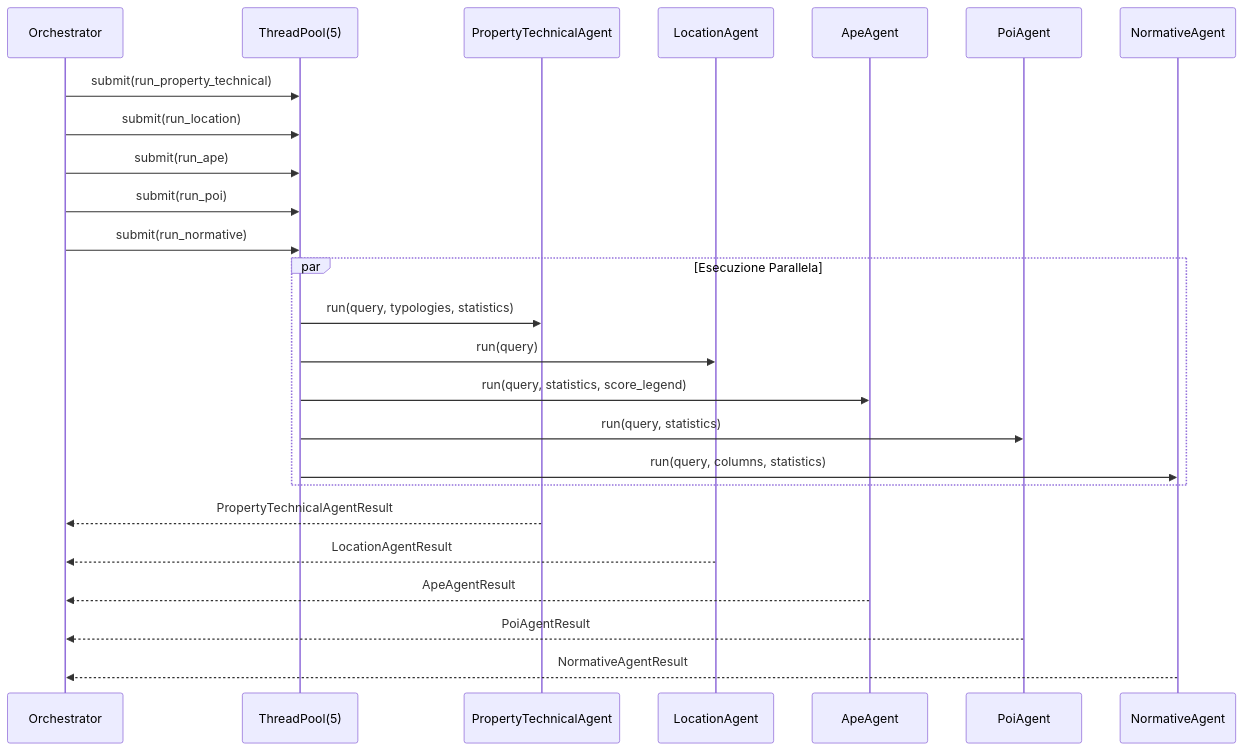
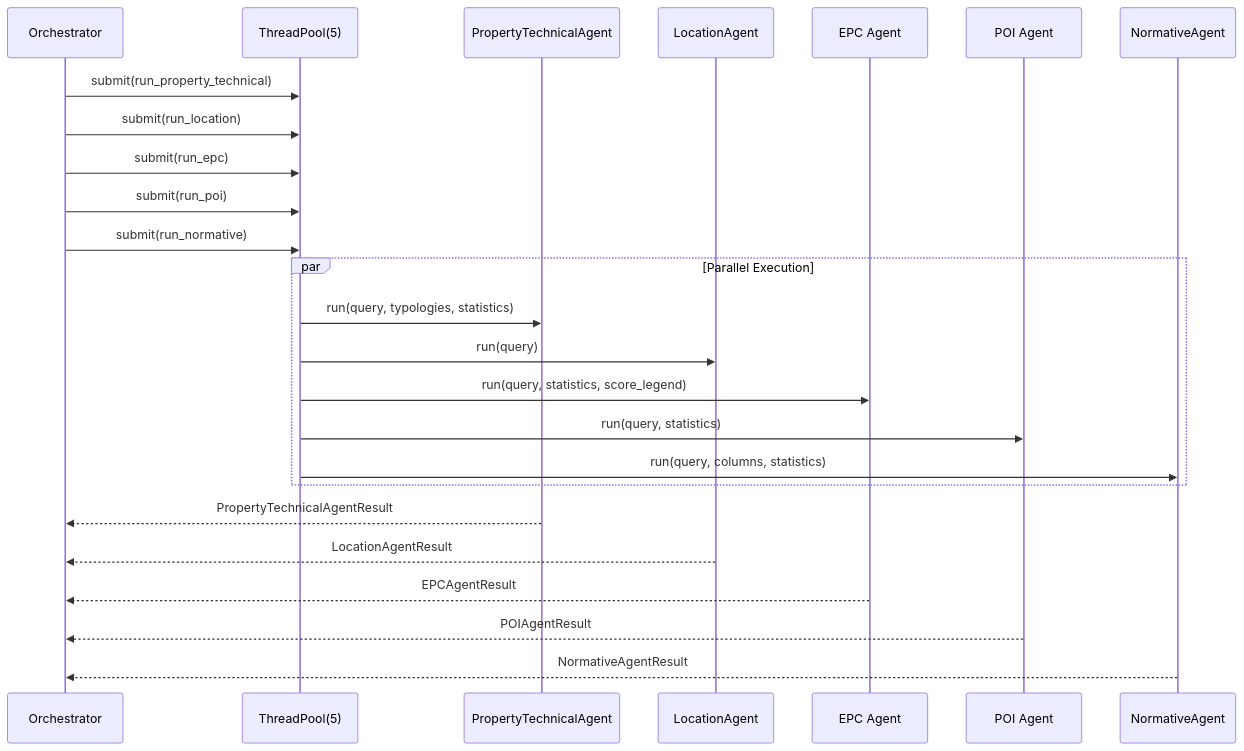
Before and after one commit to dbdmg/murena: the second of 3 diagrams in docs/AGENT_ARCHITECTURE.md, drawn with Mermaid. The commit also changed other lines of this file and 84 other files, not shown here.

````diff
--- a/docs/AGENT_ARCHITECTURE.md
+++ b/docs/AGENT_ARCHITECTURE.md
@@ -81,30 +81,30 @@
 ```mermaid
 sequenceDiagram
     participant O as Orchestrator
     participant TP as ThreadPool(5)
     participant PT as PropertyTechnicalAgent
     participant LO as LocationAgent
-    participant AP as ApeAgent
-    participant PO as PoiAgent
+    participant AP as EPC Agent
+    participant PO as POI Agent
     participant NO as NormativeAgent
 
     O->>TP: submit(run_property_technical)
     O->>TP: submit(run_location)
-    O->>TP: submit(run_ape)
+    O->>TP: submit(run_epc)
     O->>TP: submit(run_poi)
     O->>TP: submit(run_normative)
 
-    par Esecuzione Parallela
+    par Parallel Execution
         TP->>PT: run(query, typologies, statistics)
         TP->>LO: run(query)
         TP->>AP: run(query, statistics, score_legend)
         TP->>PO: run(query, statistics)
         TP->>NO: run(query, columns, statistics)
     end
 
     PT-->>O: PropertyTechnicalAgentResult
     LO-->>O: LocationAgentResult
-    AP-->>O: ApeAgentResult
-    PO-->>O: PoiAgentResult
+    AP-->>O: EPCAgentResult
+    PO-->>O: POIAgentResult
     NO-->>O: NormativeAgentResult
 ```
````
